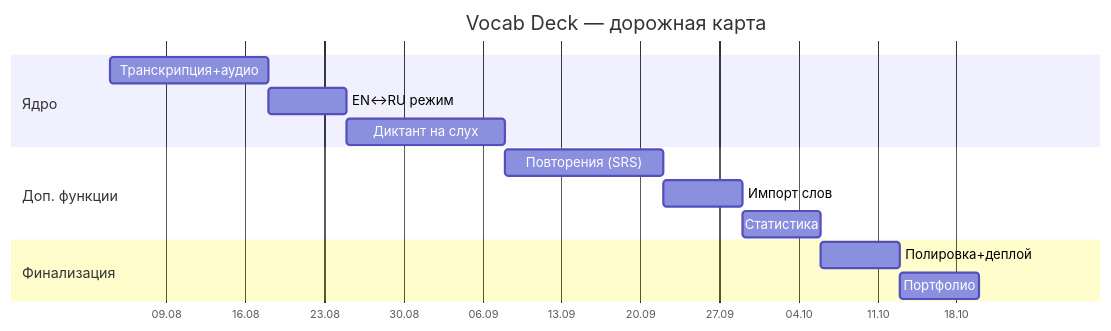
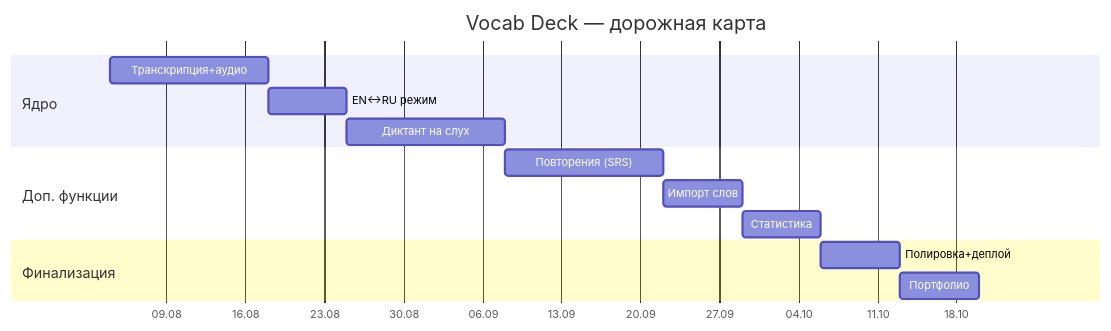
Before and after one commit to ImmPect/Vocab-deck: the diagram in ROADMAP.md, drawn with Mermaid.

````diff
--- a/ROADMAP.md
+++ b/ROADMAP.md
@@ -5,22 +5,22 @@
 ```mermaid
-%%{init: {'gantt': {'rightPadding': 220, 'leftPadding': 90, 'fontSize': 12, 'barHeight': 24, 'topPadding': 50, 'sectionFontSize': 13, 'numberSectionStyles': 3}}}%%
+%%{init: {'gantt': {'rightPadding': 220, 'leftPadding': 90, 'fontSize': 10, 'barHeight': 24, 'topPadding': 50, 'sectionFontSize': 13, 'numberSectionStyles': 3}}}%%
 gantt
     title Vocab Deck — дорожная карта
     dateFormat  YYYY-MM-DD
     axisFormat  %d.%m
     todayMarker off
 
     section Ядро
     Транскрипция+аудио   :a1, 2026-08-04, 14d
     EN↔RU режим          :a2, after a1, 7d
     Диктант на слух      :a3, after a2, 14d
 
     section Доп. функции
     Повторения (SRS)     :b1, after a3, 14d
     Импорт слов          :b2, after b1, 7d
     Статистика            :b3, after b2, 7d
 
     section Финализация
     Полировка+деплой     :c1, after b3, 7d
     Портфолио            :c2, after c1, 7d
 ```
````
